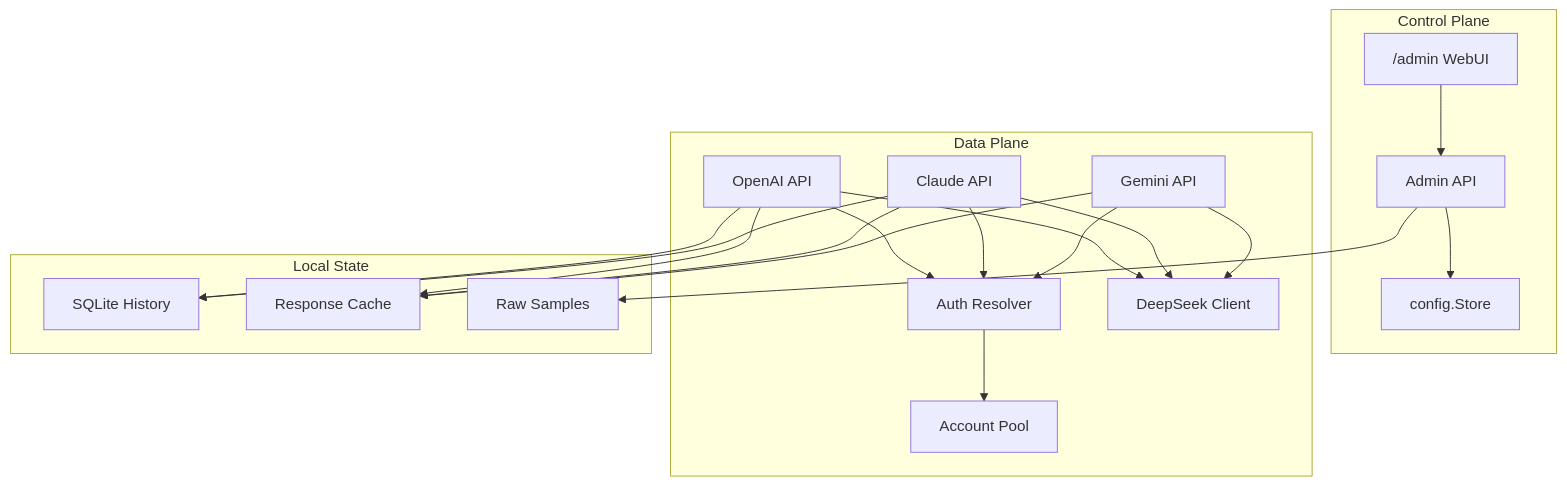
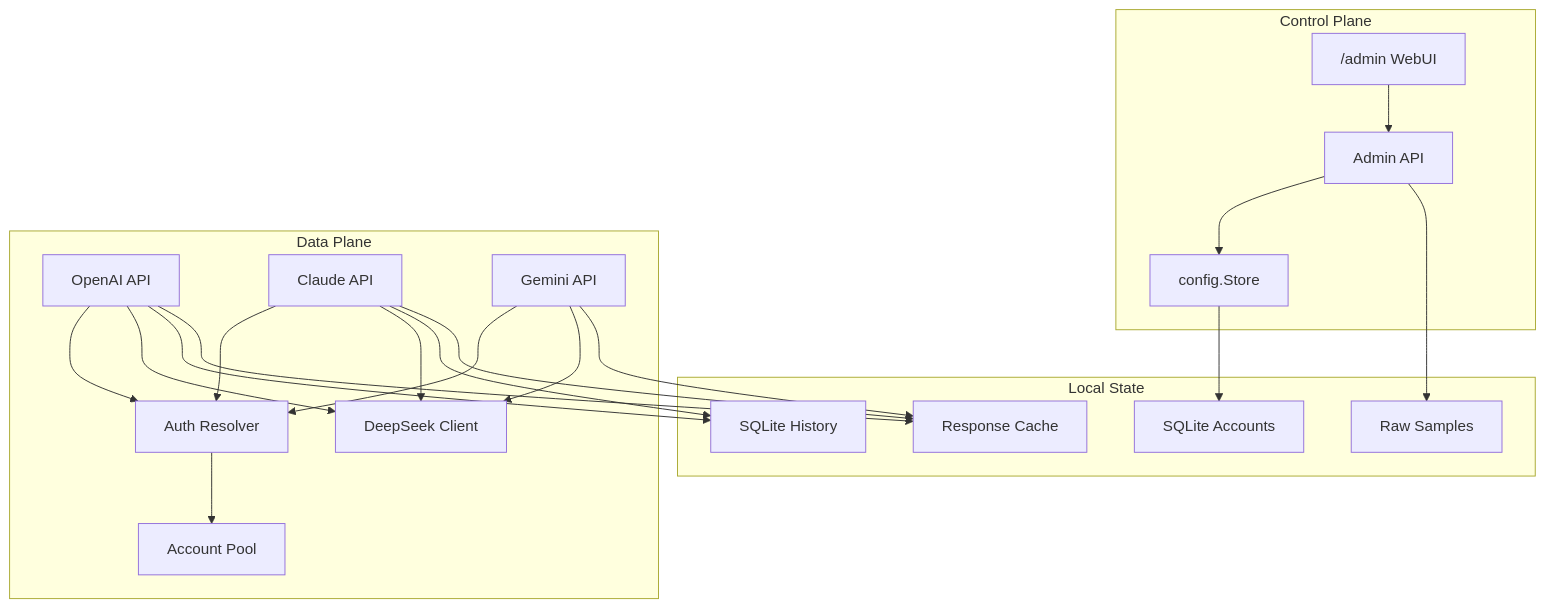
One commit to marklove5102/DeepSeek_Web_To_API changed the second of 2 diagrams in docs/Project Overview/Project Overview.md. Above: the diagram before and after it, drawn with Mermaid. The commit also changed other lines of this file and 51 other files, not shown here.

````diff
--- a/docs/Project Overview/Project Overview.md
+++ b/docs/Project Overview/Project Overview.md
@@ -100,36 +100,38 @@
 ```mermaid
 graph TB
 subgraph "Control Plane"
 ADMINWEB["/admin WebUI"]
 ADMINAPI["Admin API"]
 CONFIGSTORE["config.Store"]
 end
 subgraph "Data Plane"
 OPENAI["OpenAI API"]
 CLAUDE["Claude API"]
 GEMINI["Gemini API"]
 AUTH["Auth Resolver"]
 POOL["Account Pool"]
 UPSTREAM["DeepSeek Client"]
 end
 subgraph "Local State"
+ACCOUNTS["SQLite Accounts"]
 HISTORY["SQLite History"]
 CACHE["Response Cache"]
 RAW["Raw Samples"]
 end
 ADMINWEB --> ADMINAPI
 ADMINAPI --> CONFIGSTORE
+CONFIGSTORE --> ACCOUNTS
 OPENAI --> AUTH
 CLAUDE --> AUTH
 GEMINI --> AUTH
 AUTH --> POOL
 OPENAI --> UPSTREAM
 CLAUDE --> UPSTREAM
 GEMINI --> UPSTREAM
 OPENAI --> HISTORY
 CLAUDE --> HISTORY
 OPENAI --> CACHE
 CLAUDE --> CACHE
 GEMINI --> CACHE
 ADMINAPI --> RAW
 ```
````
